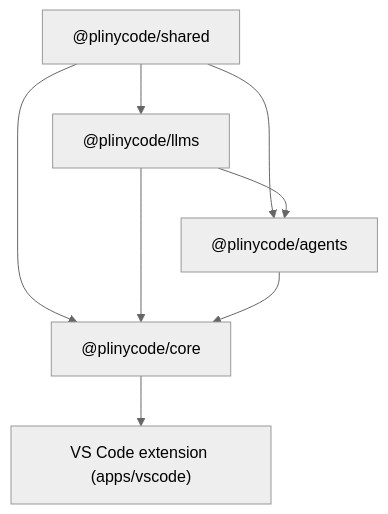
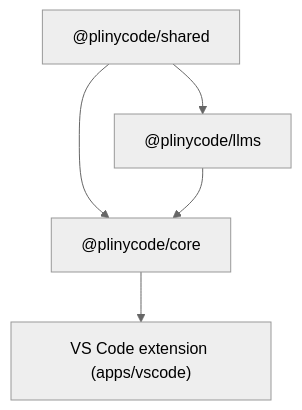
Before and after one commit to lgiaccar/PlinyCode: the diagram in sdk/AGENTS.md, drawn with Mermaid (neutral theme). The commit also changed other lines of this file and 42 other files, not shown here.

First line of the commit message:
Engine: merge @plinycode/agents into core

````diff
--- a/sdk/AGENTS.md
+++ b/sdk/AGENTS.md
@@ -26,7 +25,6 @@
 ```mermaid
 flowchart TD
-  shared["@plinycode/shared"] --> llms["@plinycode/llms"] & agents["@plinycode/agents"] & core["@plinycode/core"]
-  llms --> agents & core
-  agents --> core
+  shared["@plinycode/shared"] --> llms["@plinycode/llms"] & core["@plinycode/core"]
+  llms --> core
   core --> apps["VS Code extension (apps/vscode)"]
 ```
````
